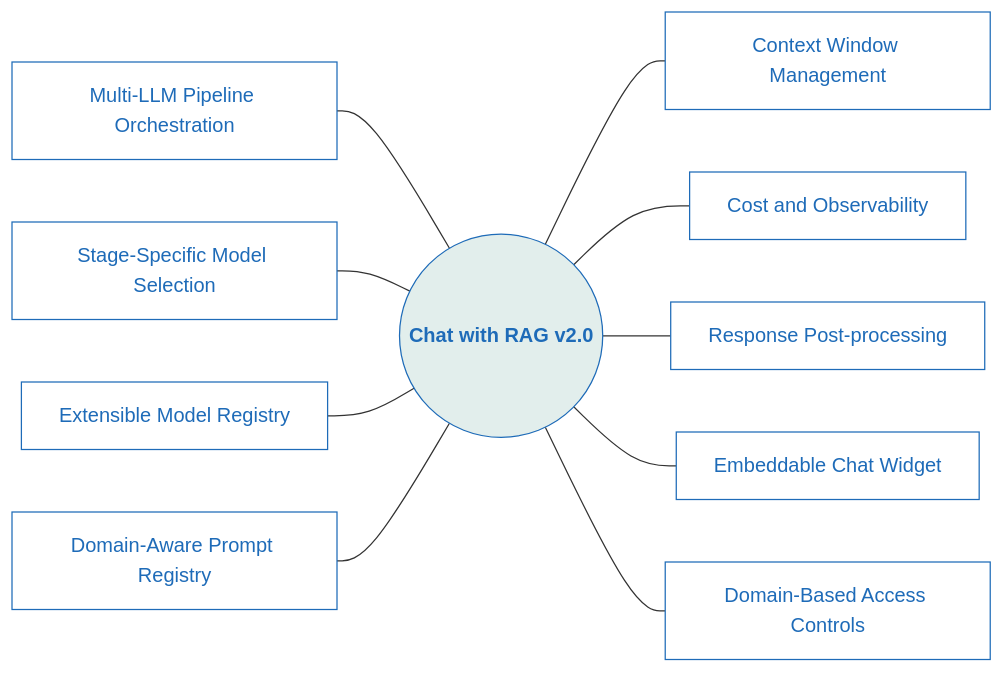
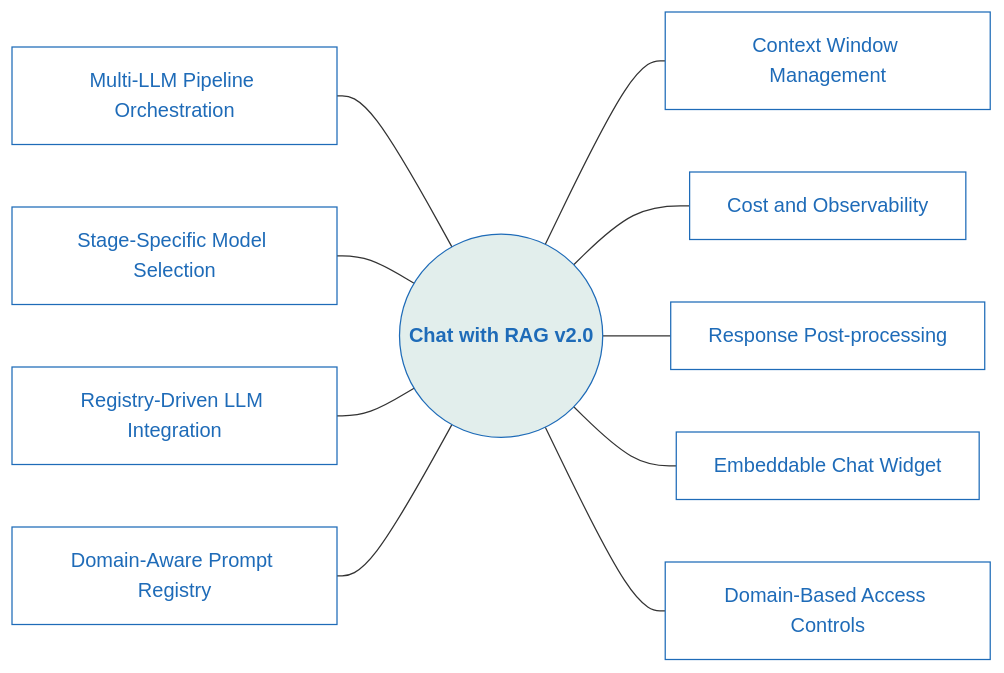
One commit to vrraj/chat-with-rag changed the first of 3 diagrams in README.md. Above: the diagram before and after it, drawn with Mermaid. The commit also changed other lines of this file, not shown here.

````diff
--- a/README.md
+++ b/README.md
@@ -45,29 +45,29 @@
 ```mermaid
 graph LR
     %% Lightened Theme Styling
     %% Core: Light Mint/White (#f0fff4) with Teal border (#159957)
     classDef core fill:#e2eeec,stroke:#1e6bb8,stroke-width:1px,color:#1e6bb8,font-weight:bold,fsize:18px;
     
     %% Features: Clean white with softer Blue borders (#1e6bb8)
     classDef feat fill:#ffffff,stroke:#1e6bb8,stroke-width:1px,color:#1e6bb8,fsize:14px;
 
     %% Left-side spokes
     F1[Multi-LLM Pipeline Orchestration] --- Core
     F2[Stage-Specific Model Selection] --- Core
-    F3[Extensible Model Registry] --- Core
+    F3[Registry-Driven LLM Integration] --- Core
     F4[Domain-Aware Prompt Registry] --- Core
 
     %% The Hub (Now Light & Airy)
     Core((Chat with RAG v2.0))
 
     %% Right-side spokes
     Core --- F5[Context Window Management]
     Core --- F6[Cost and Observability]
     Core --- F7[Response Post-processing]
     Core --- F8[Embeddable Chat Widget]
     Core --- F9[Domain-Based Access Controls]
 
     %% Applying styles
     class Core core;
     class F1,F2,F3,F4,F5,F6,F7,F8,F9 feat;
 ```
````
